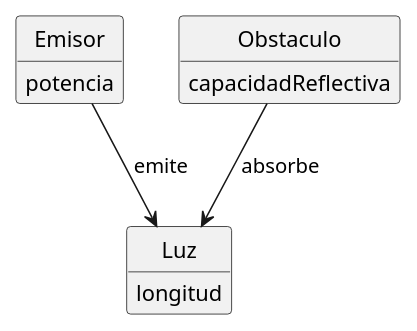
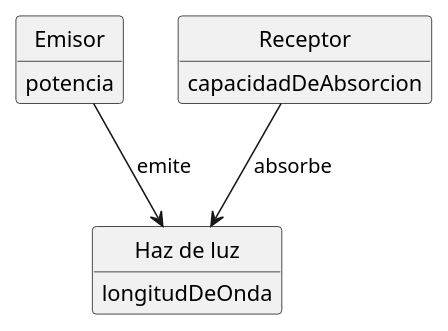
The diagram in entregas/rivasMiguel/modelosUML/sombra/modelo_dominio.puml (miguelrivasmorantes-devu/26-27-idsw1), drawn with PlantUML before and after one commit. The commit also changed 5 other files, not shown here.

Commit message:
feature/actualizacion del modelo del dominio y agregar diagrama de estado

```diff
--- a/entregas/rivasMiguel/modelosUML/sombra/modelo_dominio.puml
+++ b/entregas/rivasMiguel/modelosUML/sombra/modelo_dominio.puml
@@ -1,23 +1,23 @@
 @startuml modelo_dominio
 skinparam style strictuml
 skinparam classAttributeIconSize 0
 skinparam monochrome false
 skinparam shadowing false
 hide circle
 hide empty methods
 
 class Emisor {
     potencia
 }
 
-class Luz {
-    longitud
+class "Haz de luz" as HazDeLuz {
+    longitudDeOnda
 }
 
-class Obstaculo {
-    capacidadReflectiva
+class Receptor {
+    capacidadDeAbsorcion
 }
 
-Emisor --> Luz : emite
-Obstaculo --> Luz : absorbe
+Emisor --> HazDeLuz : emite
+Receptor --> HazDeLuz : absorbe
 @enduml
```
